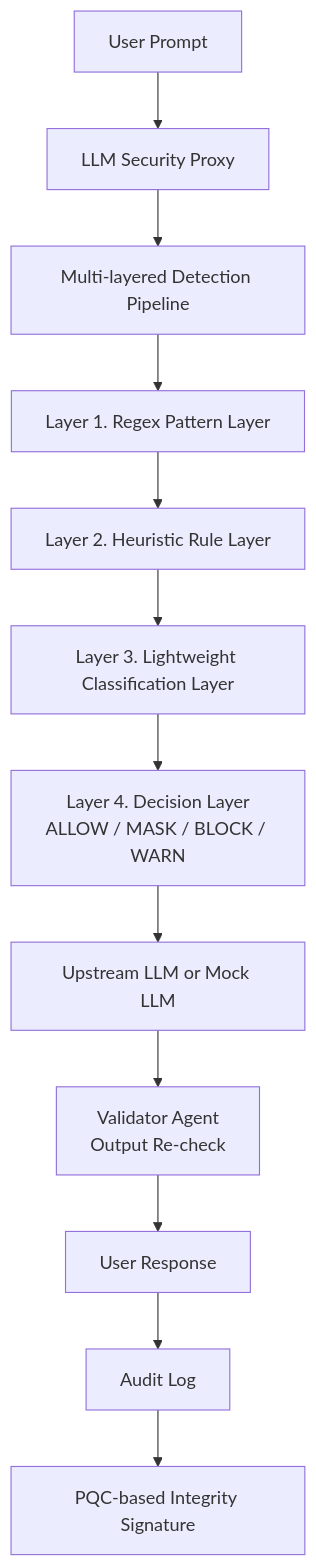
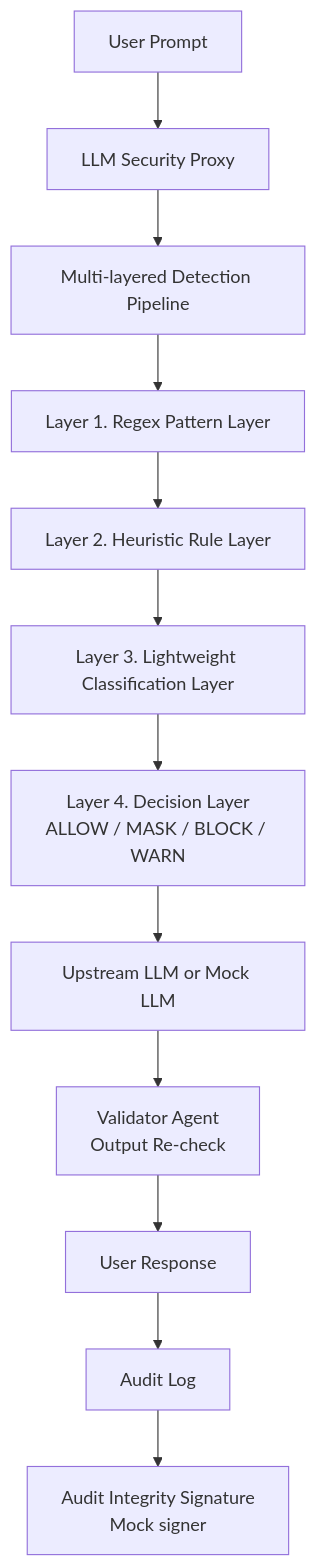
The diagram in README.md (treasonking/Capstone_Design), drawn with Mermaid before and after one commit. The commit also changed other lines of this file and 7 other files, not shown here.

````diff
--- a/README.md
+++ b/README.md
@@ -79,14 +101,14 @@
 ```mermaid
 flowchart TD
     U["User Prompt"] --> P["LLM Security Proxy"]
     P --> D["Multi-layered Detection Pipeline"]
     D --> R["Layer 1. Regex Pattern Layer"]
     R --> B["Layer 2. Heuristic Rule Layer"]
     B --> M["Layer 3. Lightweight Classification Layer"]
     M --> E["Layer 4. Decision Layer<br/>ALLOW / MASK / BLOCK / WARN"]
     E --> L["Upstream LLM or Mock LLM"]
     L --> V["Validator Agent<br/>Output Re-check"]
     V --> A["User Response"]
     A --> G["Audit Log"]
-    G --> S["PQC-based Integrity Signature"]
+    G --> S["Audit Integrity Signature<br/>Mock signer"]
 ```
````
